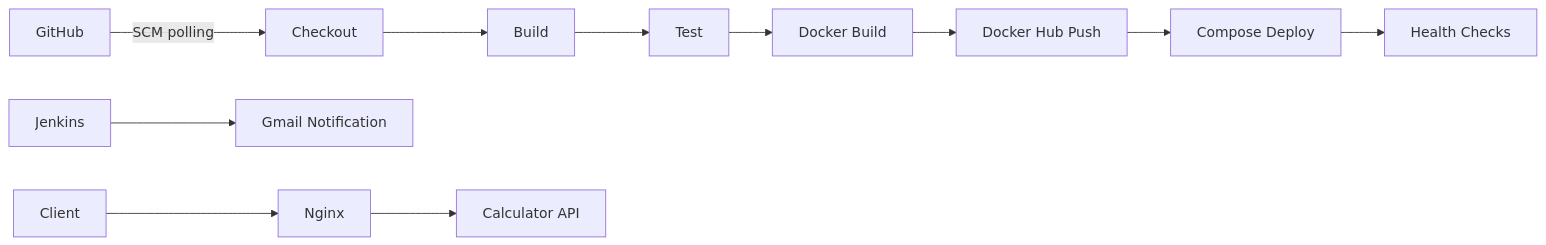
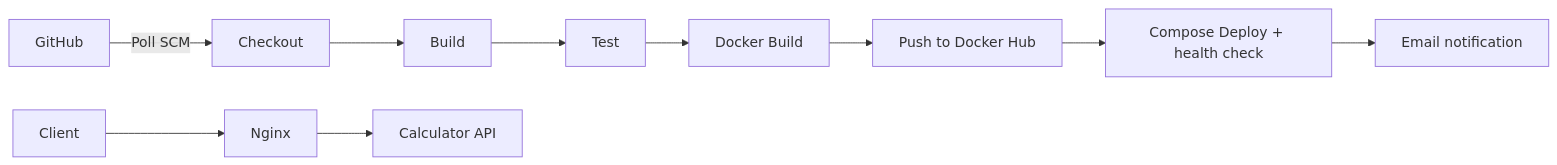
The diagram in README.md (ImNotFound7/calculator-devops), drawn with Mermaid before and after one commit. The commit also changed other lines of this file and 1 other file, not shown here.

````diff
--- a/README.md
+++ b/README.md
@@ -97,8 +16,6 @@
 ```mermaid
 flowchart LR
-    GitHub -->|SCM polling| Checkout --> Build --> Test
-    Test --> DockerBuild[Docker Build] --> Push[Docker Hub Push] --> Deploy[Compose Deploy]
-    Deploy --> Health[Health Checks]
-    Jenkins --> Email[Gmail Notification]
+    GitHub -->|Poll SCM| Checkout --> Build --> Test --> DockerBuild[Docker Build] --> Push[Push to Docker Hub] --> Deploy[Compose Deploy + health check]
+    Deploy --> Email[Email notification]
     Client --> Nginx --> API[Calculator API]
 ```
````
